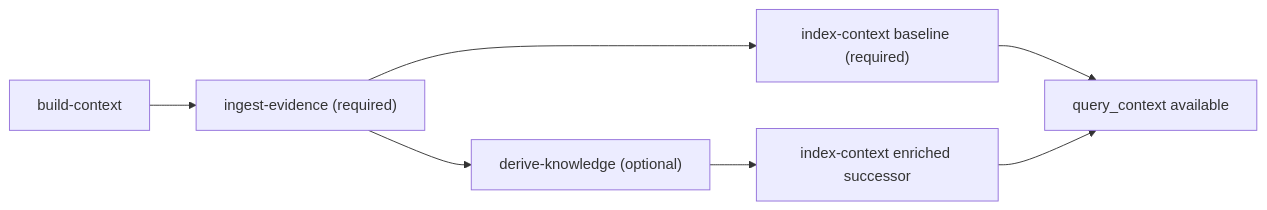
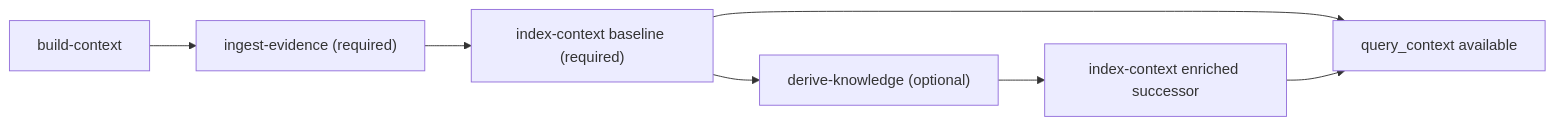
Before and after one commit to keon/jina-context-wiki-e2e-20260808: the second of 9 diagrams in docs/SEQUENCE_DIAGRAM.md, drawn with Mermaid. The commit also changed other lines of this file and 43 other files, not shown here.

````diff
--- a/docs/SEQUENCE_DIAGRAM.md
+++ b/docs/SEQUENCE_DIAGRAM.md
@@ -30,9 +31,9 @@
 ```mermaid
 flowchart LR
     B["build-context"] --> I["ingest-evidence (required)"]
     I --> X["index-context baseline (required)"]
-    I --> K["derive-knowledge (optional)"]
+    X --> K["derive-knowledge (optional)"]
     K --> E["index-context enriched successor"]
     X --> Q["query_context available"]
     E --> Q
 ```
````
